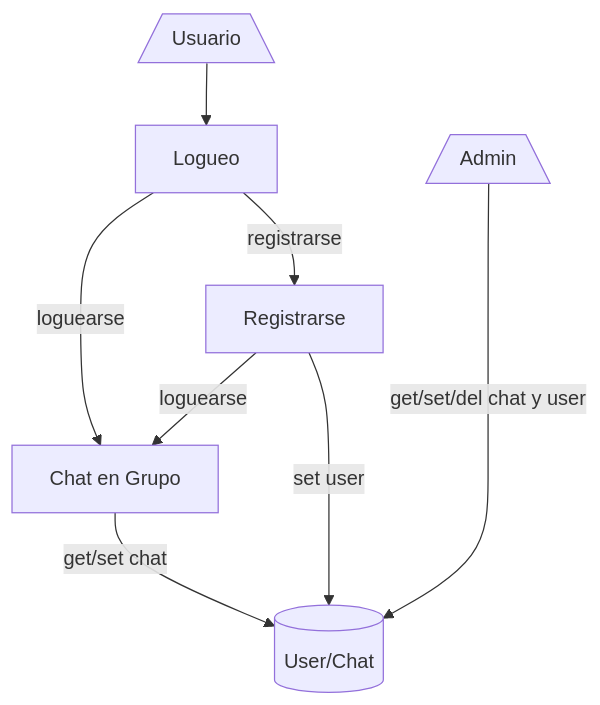
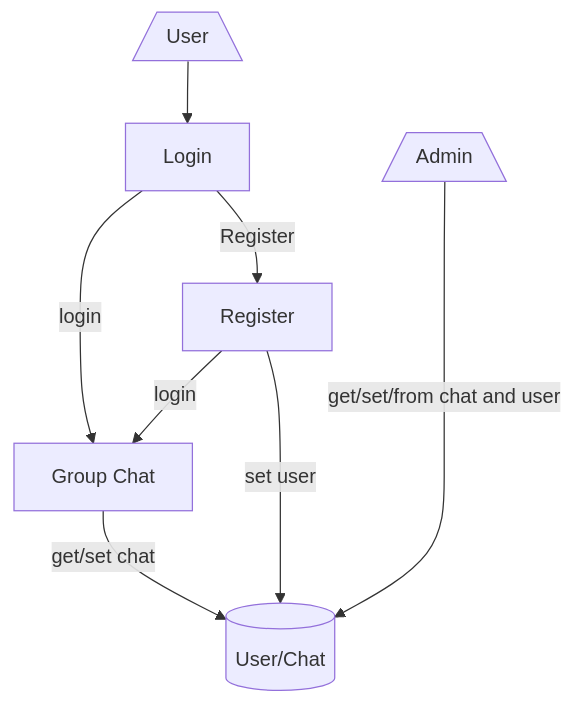
The diagram in README.md (j0k3rD/real_time_chat_project), drawn with Mermaid before and after one commit. The commit also changed other lines of this file, not shown here.

````diff
--- a/README.md
+++ b/README.md
@@ -8,31 +19,31 @@
 ```mermaid
 
 flowchart TD
 
-User[/Usuario\]
+User[/User\]
 
 Admin[/Admin\]
 
-Login[Logueo]
+Login[Login]
 
-Chat[Chat en Grupo]
+Chat[Group Chat]
 
-Register[Registrarse]
+Register[Register]
 
 Database[(User/Chat)]
 
 User --> Login
 
-Login -- loguearse --> Chat
+Login -- login --> Chat
 
-Login -- registrarse --> Register
+Login -- Register --> Register
 
 Chat -- get/set chat --> Database
 
 Register -- set user --> Database
 
-Register -- loguearse --> Chat
+Register -- login --> Chat
 
-Admin -- get/set/del chat y user ----> Database
+Admin -- get/set/from chat and user ----> Database
 
 ```
````
